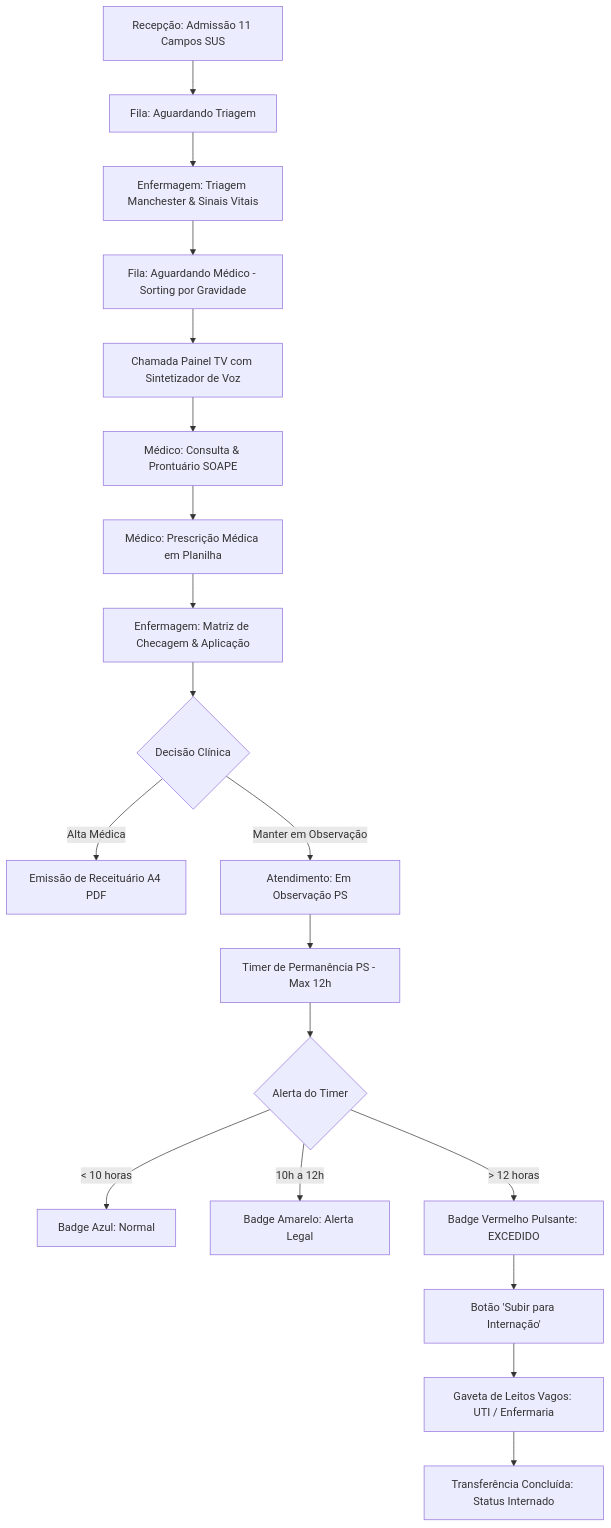
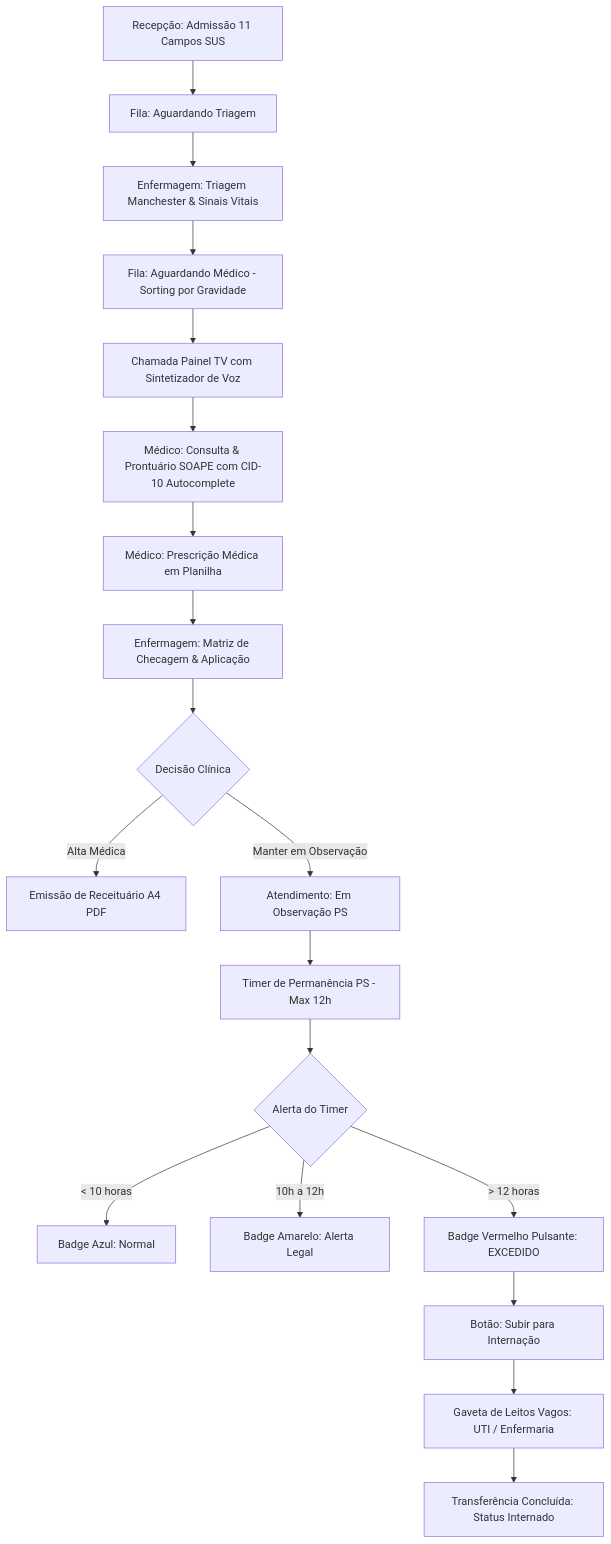
The third of 6 diagrams in docs/10-Manuais/01-guia-desenvolvedor.md (Mazzarowysk/Health-Nexus), drawn with Mermaid before and after one commit. The commit also changed other lines of this file and 6 other files, not shown here.

````diff
--- a/docs/10-Manuais/01-guia-desenvolvedor.md
+++ b/docs/10-Manuais/01-guia-desenvolvedor.md
@@ -78,21 +92,21 @@
 ```mermaid
 flowchart TD
     A[Recepção: Admissão 11 Campos SUS] --> B[Fila: Aguardando Triagem]
     B --> C[Enfermagem: Triagem Manchester & Sinais Vitais]
     C --> D[Fila: Aguardando Médico - Sorting por Gravidade]
     D --> E[Chamada Painel TV com Sintetizador de Voz]
-    E --> F[Médico: Consulta & Prontuário SOAPE]
+    E --> F[Médico: Consulta & Prontuário SOAPE com CID-10 Autocomplete]
     F --> G[Médico: Prescrição Médica em Planilha]
     G --> H[Enfermagem: Matriz de Checagem & Aplicação]
     H --> I{Decisão Clínica}
     I -->|Alta Médica| J[Emissão de Receituário A4 PDF]
     I -->|Manter em Observação| K[Atendimento: Em Observação PS]
     K --> L[Timer de Permanência PS - Max 12h]
     L --> M{Alerta do Timer}
     M -->|< 10 horas| N[Badge Azul: Normal]
     M -->|10h a 12h| O[Badge Amarelo: Alerta Legal]
     M -->|> 12 horas| P[Badge Vermelho Pulsante: EXCEDIDO]
-    P --> Q[Botão 'Subir para Internação']
+    P --> Q[Botão: Subir para Internação]
     Q --> R[Gaveta de Leitos Vagos: UTI / Enfermaria]
     R --> S[Transferência Concluída: Status Internado]
 ```
````
